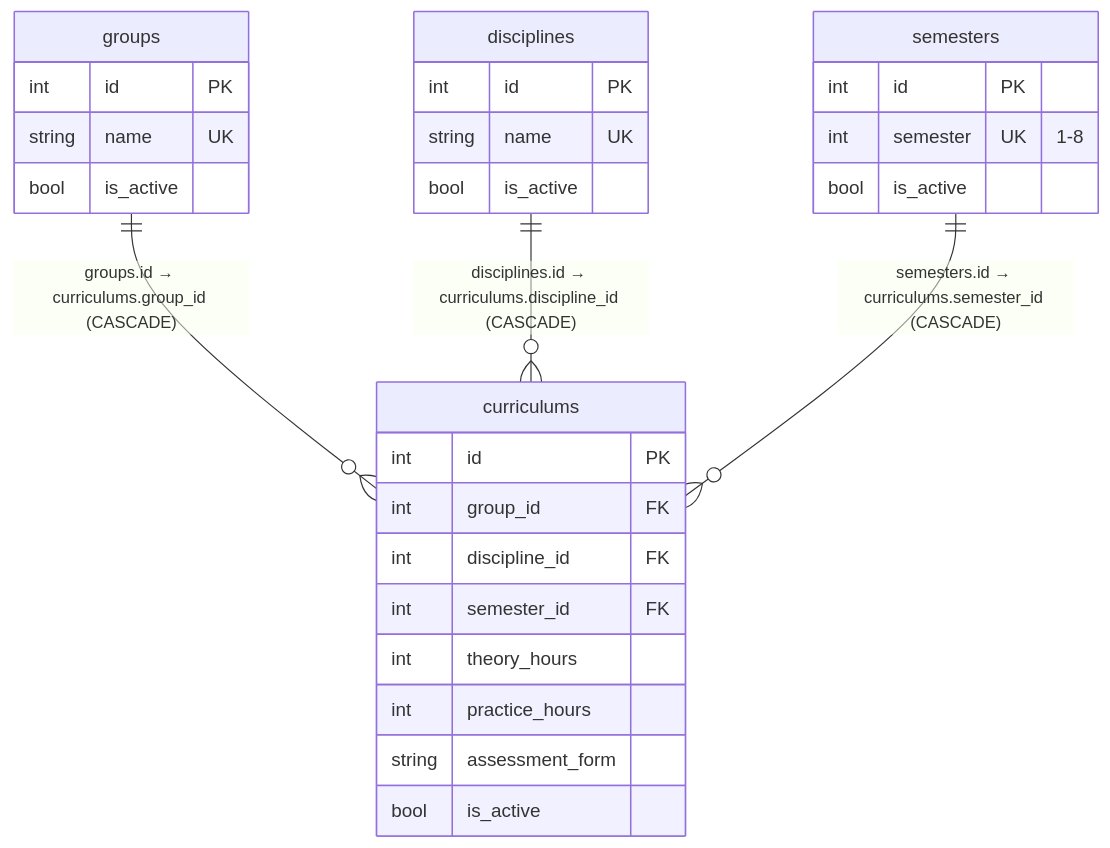
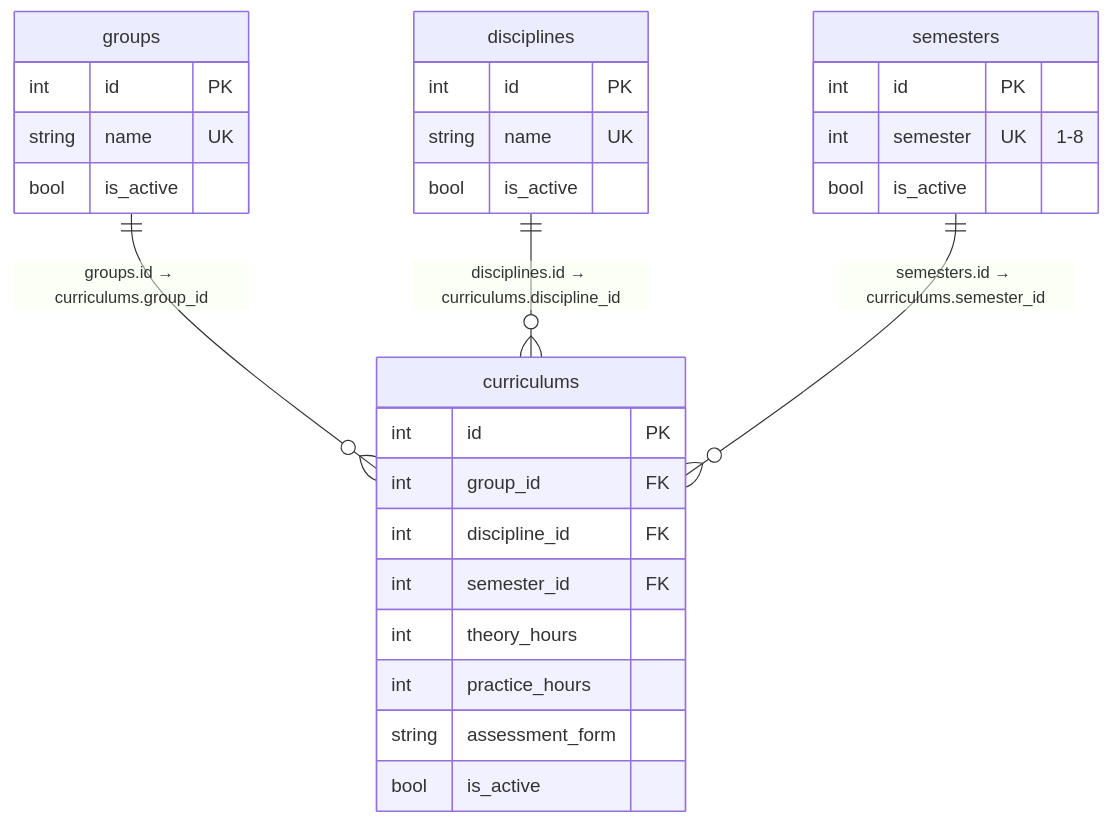
One commit to YuriSilenok/KPK_UP2_24-1P11 changed the diagram in S12/doc.md. Above: the diagram before and after it, drawn with Mermaid. The commit also changed other lines of this file, not shown here.

````diff
--- a/S12/doc.md
+++ b/S12/doc.md
@@ -12,32 +12,32 @@
 ```mermaid
 erDiagram
     groups {
         int id PK
         string name UK
         bool is_active
     }
     disciplines {
         int id PK
         string name UK
         bool is_active
     }
     semesters {
         int id PK
         int semester UK "1-8"
         bool is_active
     }
     curriculums {
         int id PK
         int group_id FK
         int discipline_id FK
         int semester_id FK
         int theory_hours
         int practice_hours
         string assessment_form
         bool is_active
     }
 
-    groups ||--o{ curriculums : "groups.id → curriculums.group_id (CASCADE)"
-    disciplines ||--o{ curriculums : "disciplines.id → curriculums.discipline_id (CASCADE)"
-    semesters ||--o{ curriculums : "semesters.id → curriculums.semester_id (CASCADE)"
+    groups ||--o{ curriculums : "groups.id → curriculums.group_id"
+    disciplines ||--o{ curriculums : "disciplines.id → curriculums.discipline_id"
+    semesters ||--o{ curriculums : "semesters.id → curriculums.semester_id"
 ```
````
